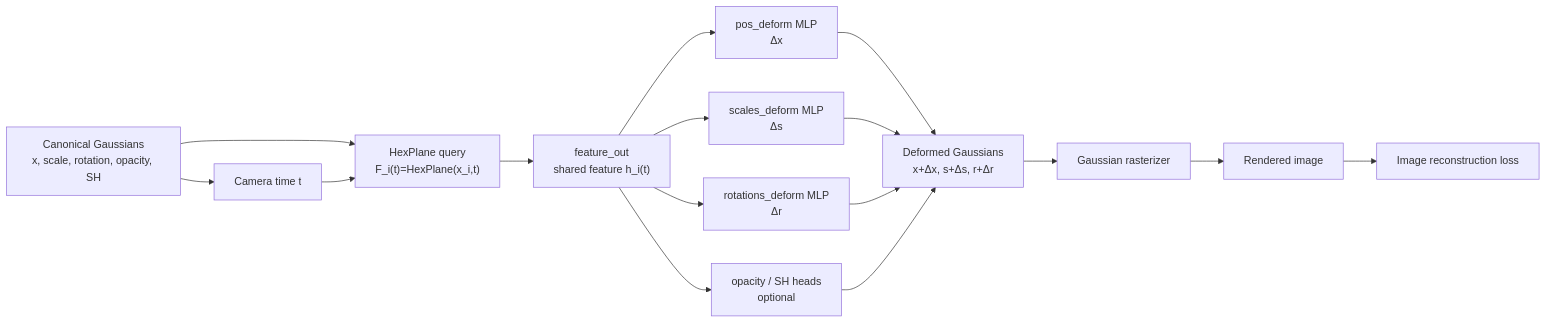
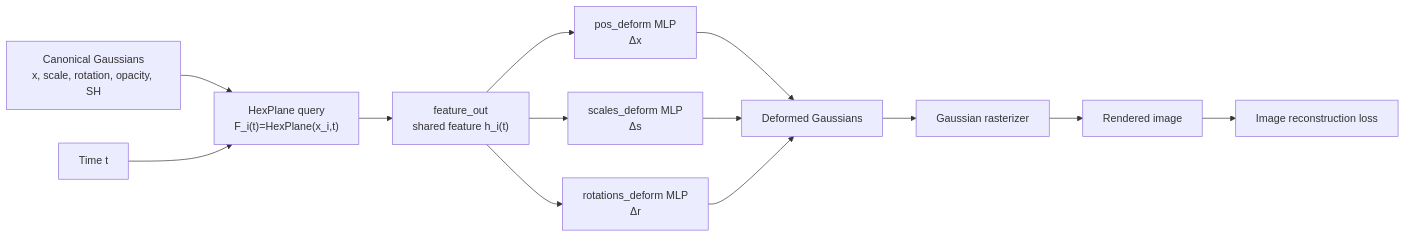
Before and after one commit to yuanren114/4DGaussians_static_dynamic: the first of 2 diagrams in FINAL_PROJECT_REPORT_READER_FRIENDLY.md, drawn with Mermaid. The commit also changed other lines of this file and 1 other file, not shown here.

````diff
--- a/FINAL_PROJECT_REPORT_READER_FRIENDLY.md
+++ b/FINAL_PROJECT_REPORT_READER_FRIENDLY.md
@@ -335,18 +200,15 @@
 ```mermaid
 flowchart LR
-    A["Canonical Gaussians<br/>x, scale, rotation, opacity, SH"] --> B["Camera time t"]
-    A --> C["HexPlane query<br/>F_i(t)=HexPlane(x_i,t)"]
-    B --> C
+    A["Canonical Gaussians<br/>x, scale, rotation, opacity, SH"] --> C["HexPlane query<br/>F_i(t)=HexPlane(x_i,t)"]
+    B["Time t"] --> C
     C --> D["feature_out<br/>shared feature h_i(t)"]
     D --> E1["pos_deform MLP<br/>Δx"]
     D --> E2["scales_deform MLP<br/>Δs"]
     D --> E3["rotations_deform MLP<br/>Δr"]
-    D --> E4["opacity / SH heads<br/>optional"]
-    E1 --> F["Deformed Gaussians<br/>x+Δx, s+Δs, r+Δr"]
+    E1 --> F["Deformed Gaussians"]
     E2 --> F
     E3 --> F
-    E4 --> F
     F --> G["Gaussian rasterizer"]
     G --> H["Rendered image"]
     H --> I["Image reconstruction loss"]
 ```
````
